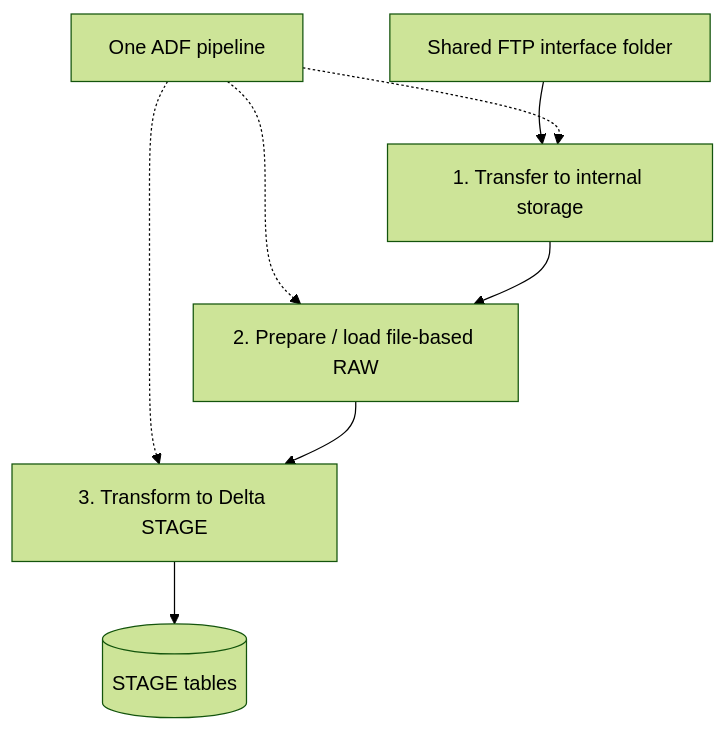
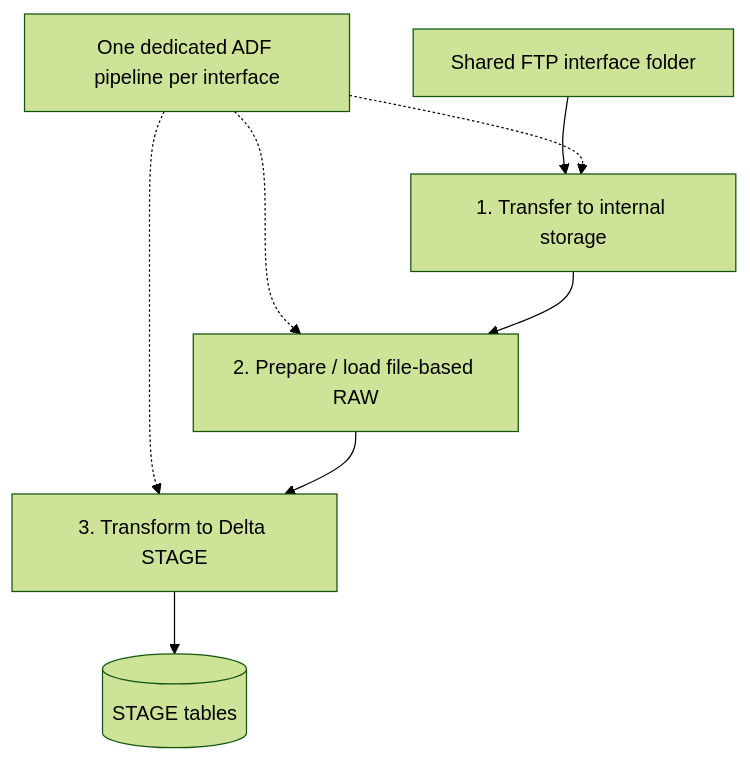
Before and after one commit to dorovladcodex/ai-data-integration-platform: the second of 2 diagrams in docs/sap-bw.md, drawn with Mermaid (forest theme). The commit also changed other lines of this file and 5 other files, not shown here.

Commit message:
Confirm full-cycle contribution and dedicated SAP BW interface pipelines

````diff
--- a/docs/sap-bw.md
+++ b/docs/sap-bw.md
@@ -56,10 +53,10 @@
 ```mermaid
 flowchart TB
     FTP["Shared FTP interface folder"] --> N1["1. Transfer to internal storage"]
-    ADF["One ADF pipeline"] -.-> N1
+    ADF["One dedicated ADF pipeline per interface"] -.-> N1
     ADF -.-> N2["2. Prepare / load file-based RAW"]
     ADF -.-> N3["3. Transform to Delta STAGE"]
     N1 --> N2
     N2 --> N3
     N3 --> ST[("STAGE tables")]
 ```
````
